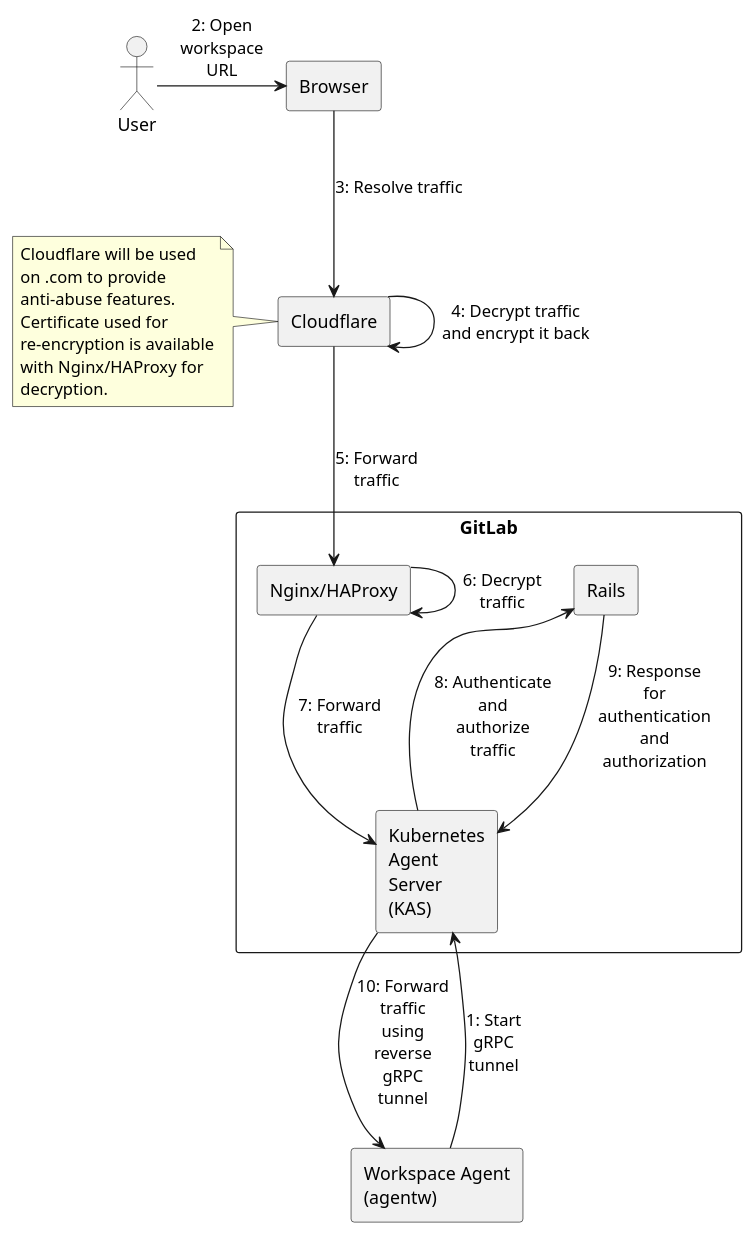
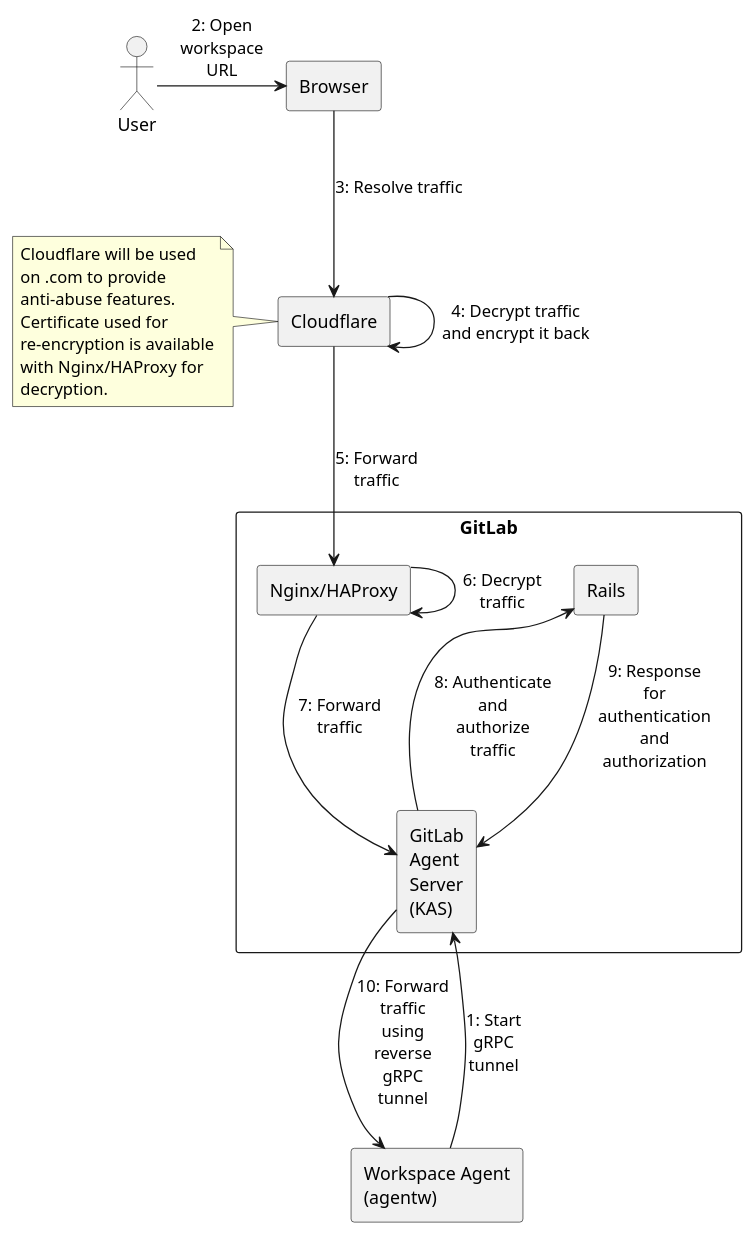
One commit to zalyoung/gitlab-handbook changed the fourth of 8 diagrams in content/handbook/engineering/architecture/design-documents/workspaces/architecture_kubernetes_setup.md. Above: the diagram before and after it, drawn with PlantUML.

````diff
--- a/content/handbook/engineering/architecture/design-documents/workspaces/architecture_kubernetes_setup.md
+++ b/content/handbook/engineering/architecture/design-documents/workspaces/architecture_kubernetes_setup.md
@@ -125,40 +125,40 @@
 ```plantuml
 @startuml
 
 rectangle "GitLab" {
   rectangle "Nginx/HAProxy" as ReverseProxy
   rectangle "Rails"
-  rectangle "Kubernetes\nAgent\nServer\n(KAS)" as KAS
+  rectangle "GitLab\nAgent\nServer\n(KAS)" as KAS
 }
 
 actor "User"
 rectangle "Browser"
 rectangle "Cloudflare"
 rectangle "Workspace Agent\n(agentw)" as AgentW
 
 note as NoteForCloudflareAntiAbuse
 Cloudflare will be used
 on .com to provide
 anti-abuse features.
 Certificate used for
 re-encryption is available
 with Nginx/HAProxy for
 decryption.
 end note
 
 NoteForCloudflareAntiAbuse .right. Cloudflare
 
 AgentW --> KAS : "1: Start\ngRPC\ntunnel"
 
 User -right-> Browser : "2: Open\nworkspace\nURL"
 Browser --> Cloudflare : "3: Resolve traffic"
 Cloudflare --> Cloudflare : "4: Decrypt traffic\nand encrypt it back"
 Cloudflare --> ReverseProxy : "5: Forward\ntraffic"
 ReverseProxy --> ReverseProxy : "6: Decrypt\ntraffic"
 ReverseProxy --> KAS : "7: Forward\ntraffic"
 KAS -left-> Rails : "8: Authenticate\nand\nauthorize\ntraffic"
 Rails --> KAS : "9: Response\nfor\nauthentication\nand\nauthorization"
 KAS --> AgentW : "10: Forward\ntraffic\nusing\nreverse\ngRPC\ntunnel"
 
 @enduml
 ```
````
